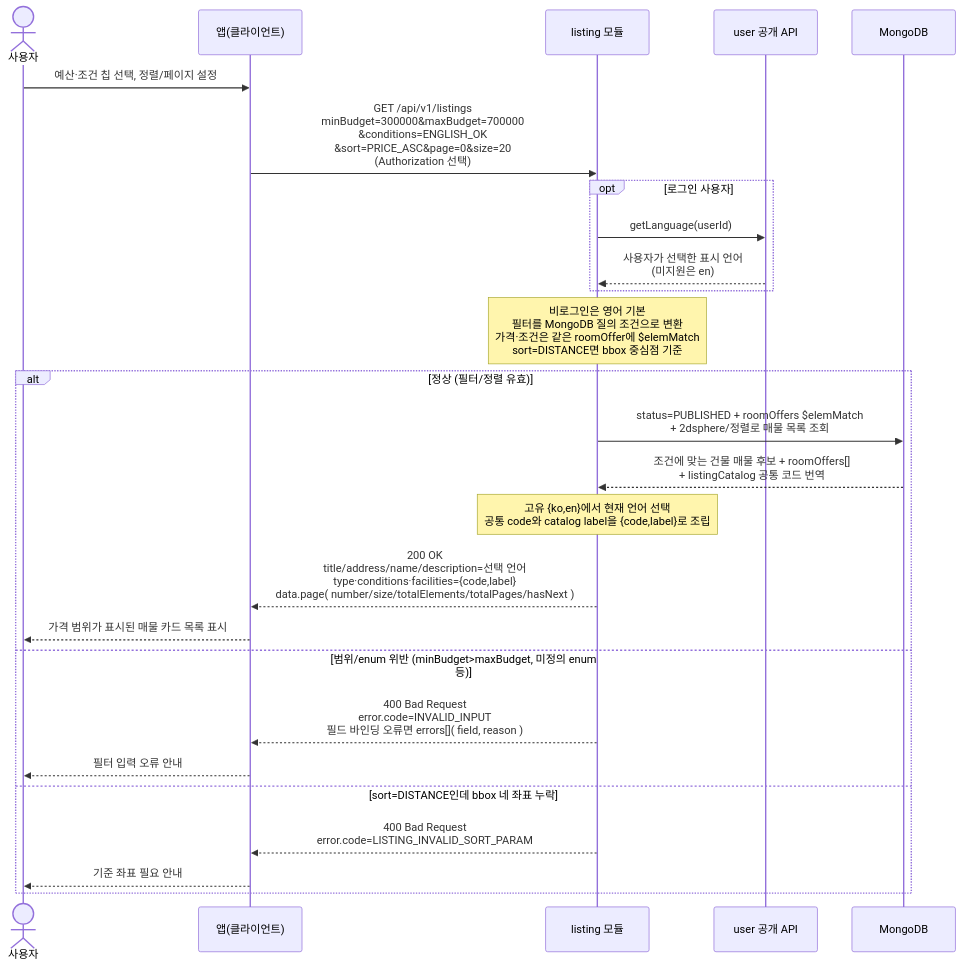
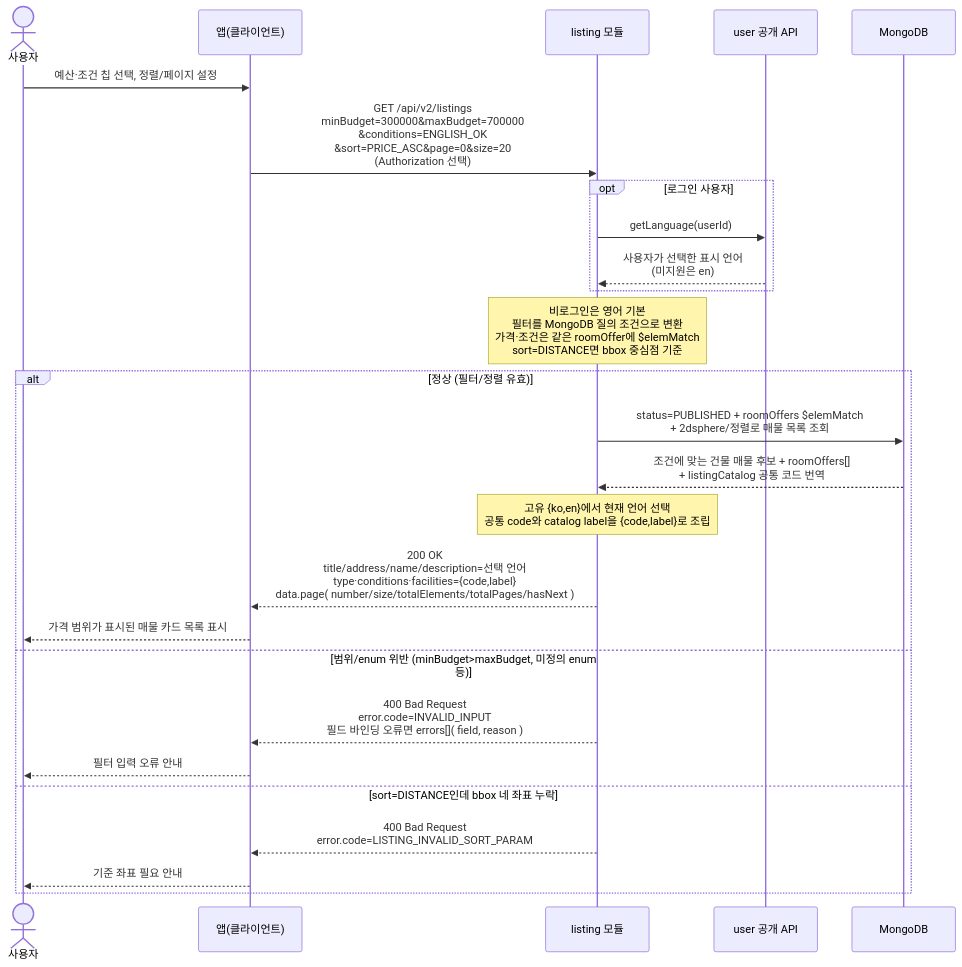
The diagram in docs/architecture/sequence-diagrams/03-listings-favorites/us-3-1-listing-list-explore.md (jameskim9509/Kohere-backend), drawn with Mermaid before and after one commit. The commit also changed other lines of this file and 24 other files, not shown here.

````diff
--- a/docs/architecture/sequence-diagrams/03-listings-favorites/us-3-1-listing-list-explore.md
+++ b/docs/architecture/sequence-diagrams/03-listings-favorites/us-3-1-listing-list-explore.md
@@ -5,29 +7,29 @@
 ```mermaid
 sequenceDiagram
     actor U as 사용자
     participant C as 앱(클라이언트)
     participant LIST as listing 모듈
     participant USER as user 공개 API
     participant DB as MongoDB
 
     U->>C: 예산·조건 칩 선택, 정렬/페이지 설정
-    C->>LIST: GET /api/v1/listings<br/>minBudget=300000&maxBudget=700000<br/>&conditions=ENGLISH_OK<br/>&sort=PRICE_ASC&page=0&size=20<br/>(Authorization 선택)
+    C->>LIST: GET /api/v2/listings<br/>minBudget=300000&maxBudget=700000<br/>&conditions=ENGLISH_OK<br/>&sort=PRICE_ASC&page=0&size=20<br/>(Authorization 선택)
     opt 로그인 사용자
         LIST->>USER: getLanguage(userId)
         USER-->>LIST: 사용자가 선택한 표시 언어<br/>(미지원은 en)
     end
     Note over LIST: 비로그인은 영어 기본<br/>필터를 MongoDB 질의 조건으로 변환<br/>가격·조건은 같은 roomOffer에 $elemMatch<br/>sort=DISTANCE면 bbox 중심점 기준
     alt 정상 (필터/정렬 유효)
         LIST->>DB: status=PUBLISHED + roomOffers $elemMatch<br/>+ 2dsphere/정렬로 매물 목록 조회
         DB-->>LIST: 조건에 맞는 건물 매물 후보 + roomOffers[]<br/>+ listingCatalog 공통 코드 번역
         Note over LIST: 고유 {ko,en}에서 현재 언어 선택<br/>공통 code와 catalog label을 {code,label}로 조립
         LIST-->>C: 200 OK<br/>title/address/name/description=선택 언어<br/>type·conditions·facilities={code,label}<br/>data.page( number/size/totalElements/totalPages/hasNext )
         C-->>U: 가격 범위가 표시된 매물 카드 목록 표시
     else 범위/enum 위반 (minBudget>maxBudget, 미정의 enum 등)
         LIST-->>C: 400 Bad Request<br/>error.code=INVALID_INPUT<br/>필드 바인딩 오류면 errors[]( field, reason )
         C-->>U: 필터 입력 오류 안내
     else sort=DISTANCE인데 bbox 네 좌표 누락
         LIST-->>C: 400 Bad Request<br/>error.code=LISTING_INVALID_SORT_PARAM
         C-->>U: 기준 좌표 필요 안내
     end
 ```
````
